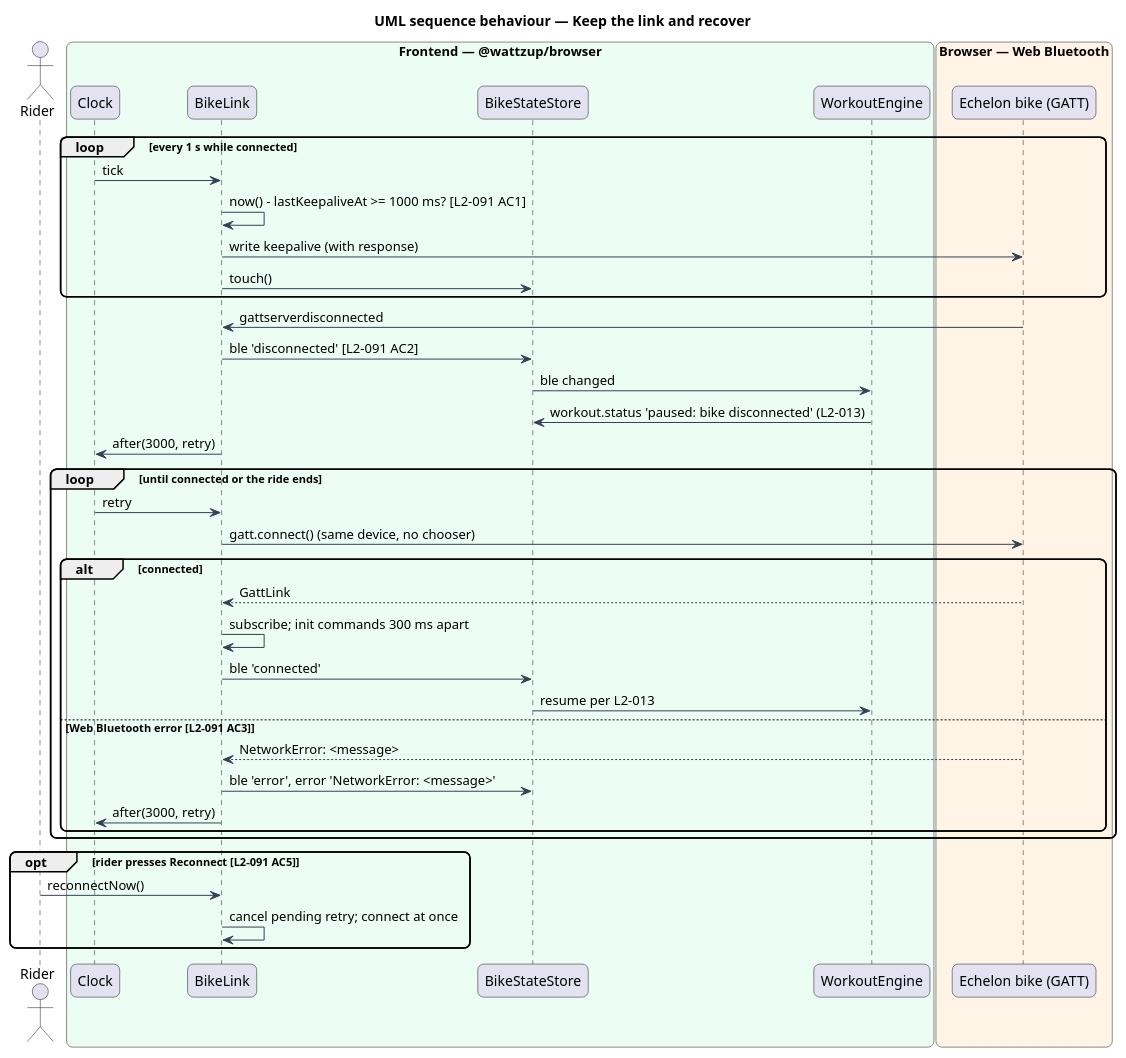
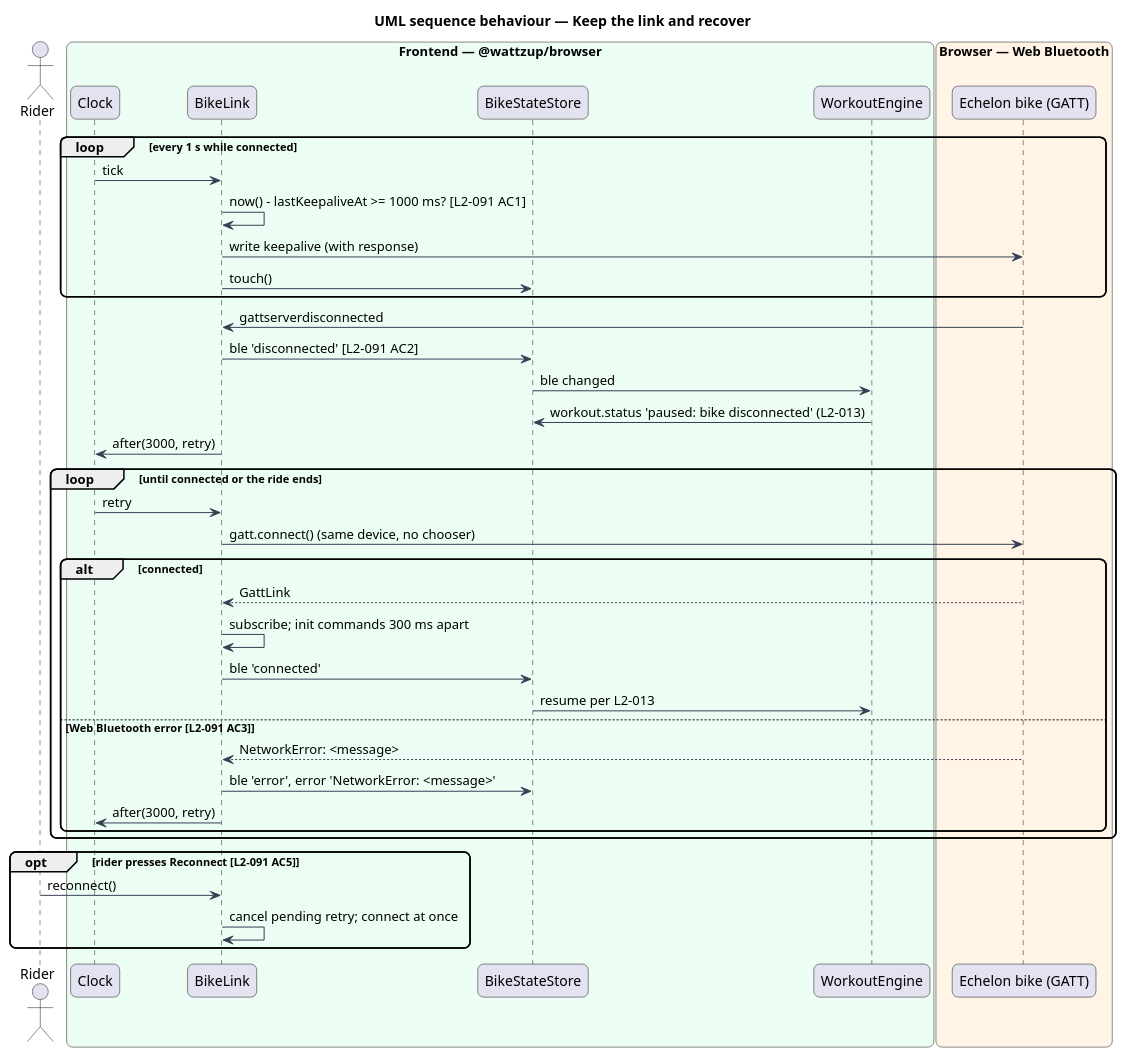
The diagram in docs/detailed-designs/browser-edition/connect-bike-in-browser/diagrams/sequence-keepalive-and-recovery.puml (QuinntyneBrown/ride-one), drawn with PlantUML before and after one commit. The commit also changed 17 other files, not shown here.

```diff
--- a/docs/detailed-designs/browser-edition/connect-bike-in-browser/diagrams/sequence-keepalive-and-recovery.puml
+++ b/docs/detailed-designs/browser-edition/connect-bike-in-browser/diagrams/sequence-keepalive-and-recovery.puml
@@ -1,48 +1,48 @@
 @startuml
 title UML sequence behaviour — Keep the link and recover
 skinparam backgroundColor #FFFFFF
 skinparam shadowing false
 skinparam roundcorner 12
 skinparam defaultFontName Arial
 skinparam ArrowColor #344054
 actor "Rider" as rider
 box "Frontend — @wattzup/browser" #ECFDF3
   participant "Clock" as clock
   participant "BikeLink" as link
   participant "BikeStateStore" as store
   participant "WorkoutEngine" as engine
 end box
 box "Browser — Web Bluetooth" #FFF4E5
   participant "Echelon bike (GATT)" as bike
 end box
 
 loop every 1 s while connected
   clock -> link : tick
   link -> link : now() - lastKeepaliveAt >= 1000 ms? [L2-091 AC1]
   link -> bike : write keepalive (with response)
   link -> store : touch()
 end
 bike -> link : gattserverdisconnected
 link -> store : ble 'disconnected' [L2-091 AC2]
 store -> engine : ble changed
 engine -> store : workout.status 'paused: bike disconnected' (L2-013)
 link -> clock : after(3000, retry)
 loop until connected or the ride ends
   clock -> link : retry
   link -> bike : gatt.connect() (same device, no chooser)
   alt connected
     bike --> link : GattLink
     link -> link : subscribe; init commands 300 ms apart
     link -> store : ble 'connected'
     store -> engine : resume per L2-013
   else Web Bluetooth error [L2-091 AC3]
     bike --> link : NetworkError: <message>
     link -> store : ble 'error', error 'NetworkError: <message>'
     link -> clock : after(3000, retry)
   end
 end
 opt rider presses Reconnect [L2-091 AC5]
-  rider -> link : reconnectNow()
+  rider -> link : reconnect()
   link -> link : cancel pending retry; connect at once
 end
 @enduml
```
